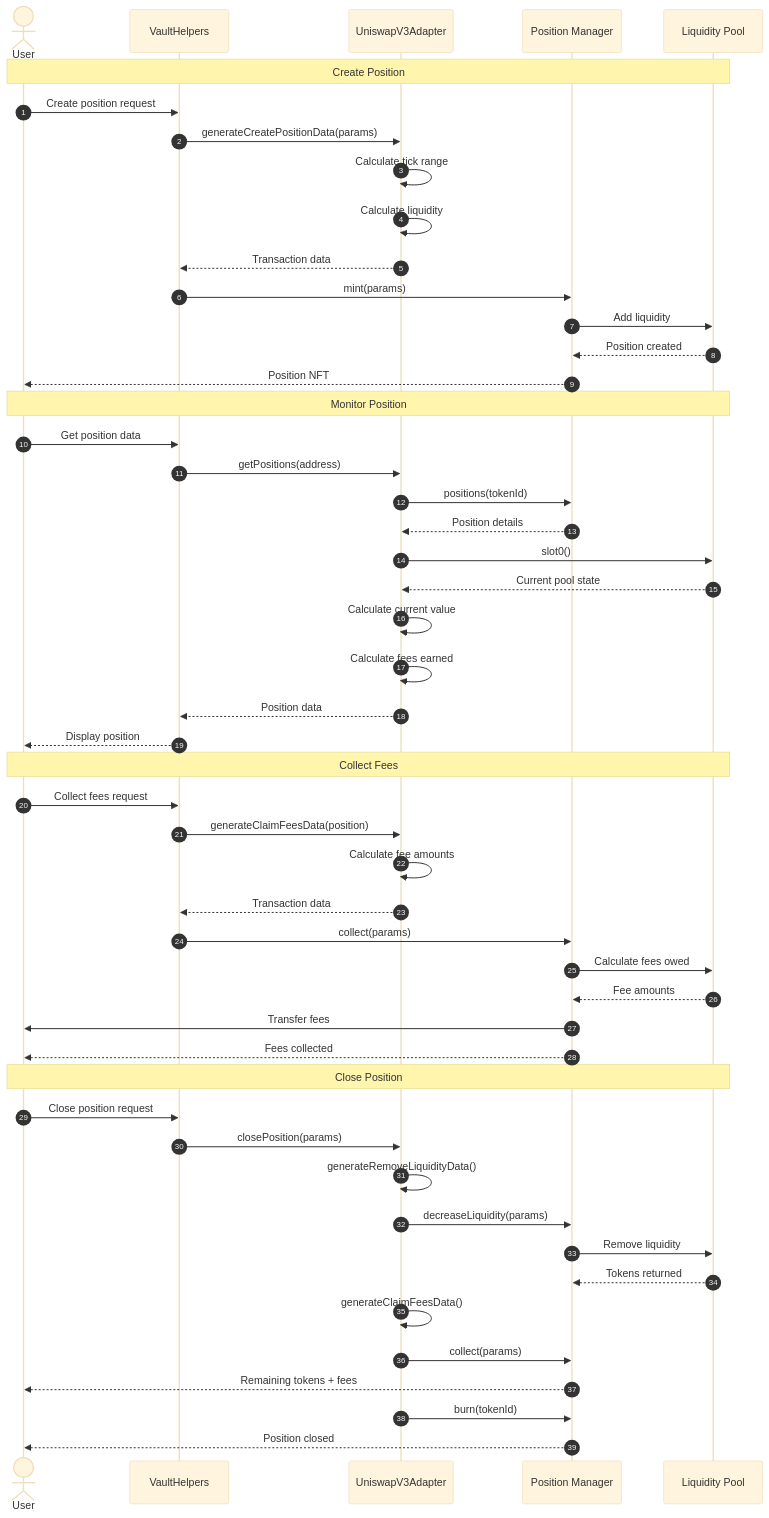
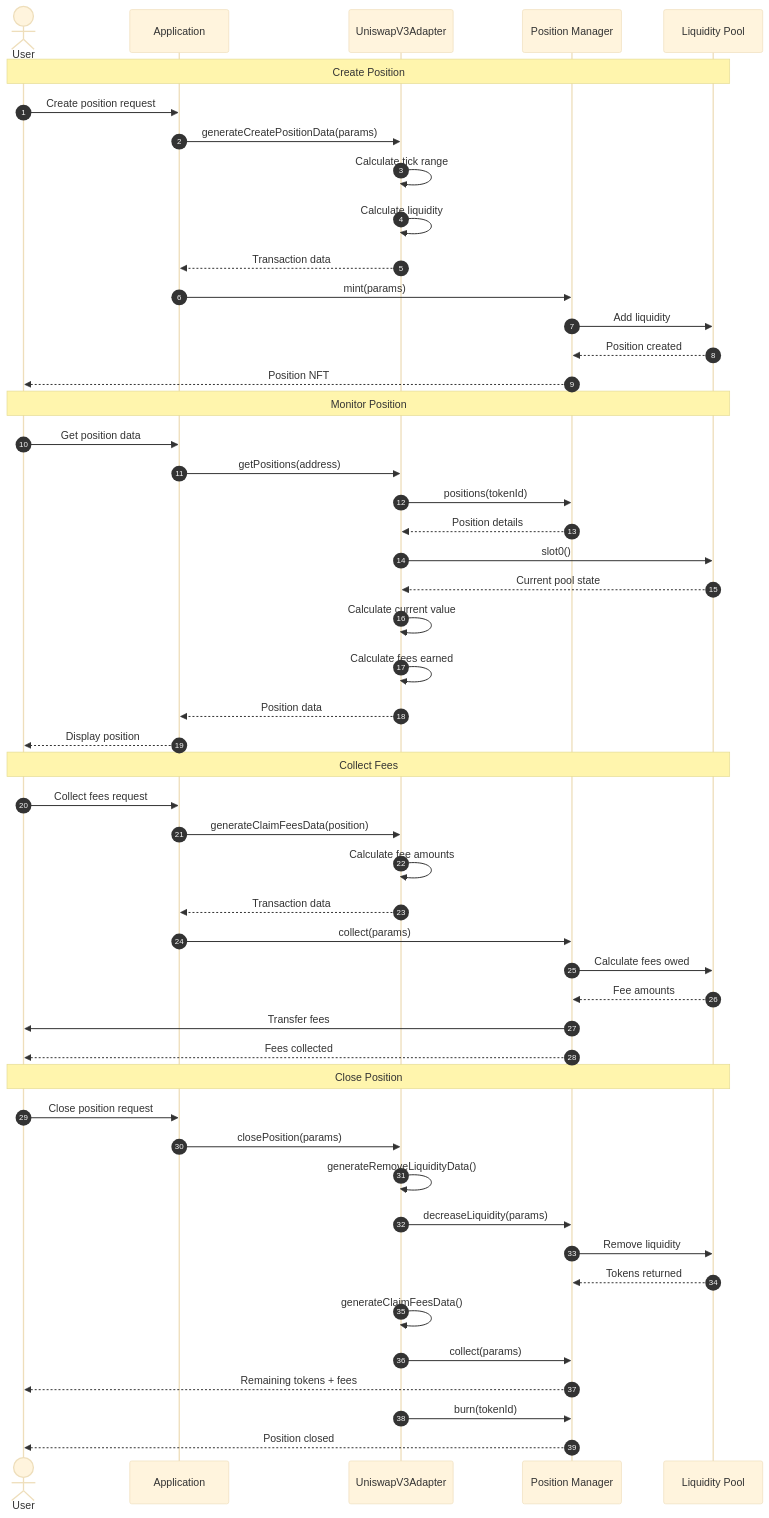
Before and after one commit to derrek-b/fum_project: the third of 4 diagrams in docs/diagrams/mermaid/sequence-diagrams.md, drawn with Mermaid (base theme). The commit also changed other lines of this file and 58 other files, not shown here.

````diff
--- a/docs/diagrams/mermaid/sequence-diagrams.md
+++ b/docs/diagrams/mermaid/sequence-diagrams.md
@@ -126,63 +106,63 @@
 ```mermaid
 sequenceDiagram
     autonumber
     actor User
-    participant VH as VaultHelpers
+    participant App as Application
     participant Adapter as UniswapV3Adapter
     participant PM as Position Manager
     participant Pool as Liquidity Pool
-    
+
     Note over User, Pool: Create Position
-    
-    User->>VH: Create position request
-    VH->>Adapter: generateCreatePositionData(params)
+
+    User->>App: Create position request
+    App->>Adapter: generateCreatePositionData(params)
     Adapter->>Adapter: Calculate tick range
     Adapter->>Adapter: Calculate liquidity
-    Adapter-->>VH: Transaction data
-    VH->>PM: mint(params)
+    Adapter-->>App: Transaction data
+    App->>PM: mint(params)
     PM->>Pool: Add liquidity
     Pool-->>PM: Position created
     PM-->>User: Position NFT
-    
+
     Note over User, Pool: Monitor Position
-    
-    User->>VH: Get position data
-    VH->>Adapter: getPositions(address)
+
+    User->>App: Get position data
+    App->>Adapter: getPositions(address)
     Adapter->>PM: positions(tokenId)
     PM-->>Adapter: Position details
     Adapter->>Pool: slot0()
     Pool-->>Adapter: Current pool state
     Adapter->>Adapter: Calculate current value
     Adapter->>Adapter: Calculate fees earned
-    Adapter-->>VH: Position data
-    VH-->>User: Display position
+    Adapter-->>App: Position data
+    App-->>User: Display position
     
     Note over User, Pool: Collect Fees
     
-    User->>VH: Collect fees request
-    VH->>Adapter: generateClaimFeesData(position)
+    User->>App: Collect fees request
+    App->>Adapter: generateClaimFeesData(position)
     Adapter->>Adapter: Calculate fee amounts
-    Adapter-->>VH: Transaction data
-    VH->>PM: collect(params)
+    Adapter-->>App: Transaction data
+    App->>PM: collect(params)
     PM->>Pool: Calculate fees owed
     Pool-->>PM: Fee amounts
     PM->>User: Transfer fees
     PM-->>User: Fees collected
     
     Note over User, Pool: Close Position
     
-    User->>VH: Close position request
-    VH->>Adapter: closePosition(params)
+    User->>App: Close position request
+    App->>Adapter: closePosition(params)
     
     Adapter->>Adapter: generateRemoveLiquidityData()
     Adapter->>PM: decreaseLiquidity(params)
     PM->>Pool: Remove liquidity
     Pool-->>PM: Tokens returned
     
     Adapter->>Adapter: generateClaimFeesData()
     Adapter->>PM: collect(params)
     PM-->>User: Remaining tokens + fees
     
     Adapter->>PM: burn(tokenId)
     PM-->>User: Position closed
 ```
````
